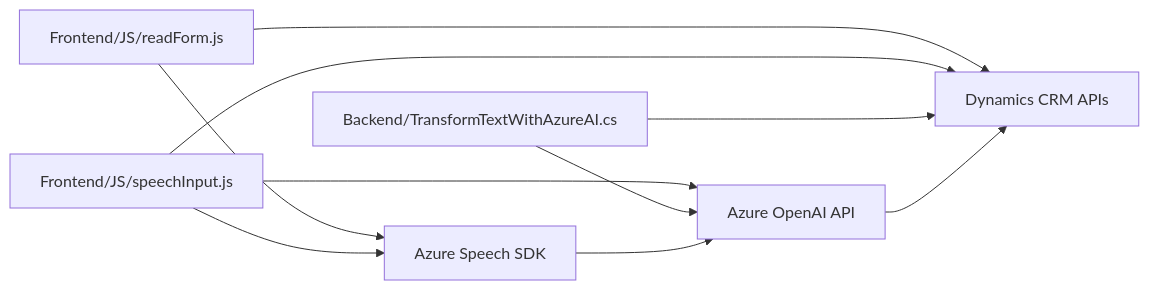
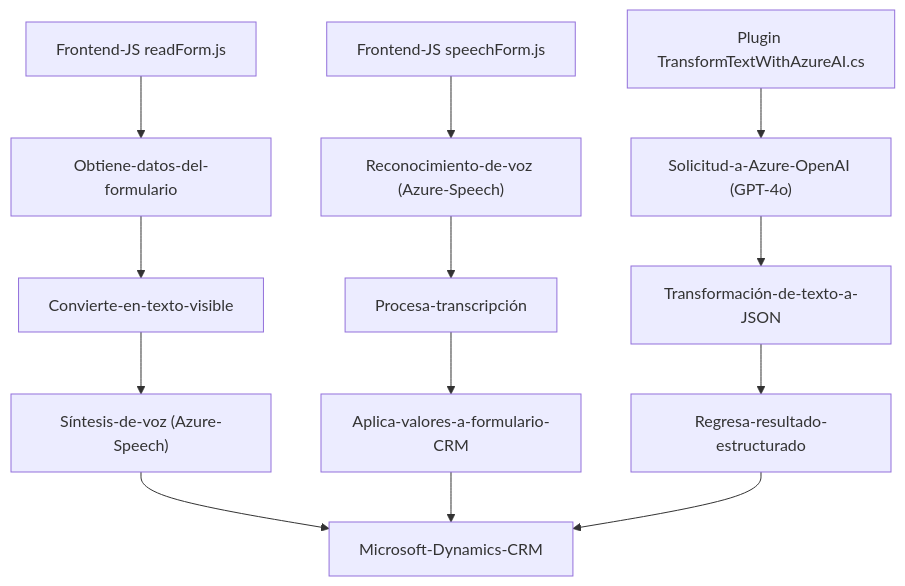
One commit to blopezdm/NETCORE_BILBAO2025 changed the diagram in README.md. Above: the diagram before and after it, drawn with Mermaid. The commit also changed other lines of this file, not shown here.

````diff
--- a/README.md
+++ b/README.md
@@ -56,19 +30,18 @@
 ```mermaid
-graph LR
-    A["Frontend/JS/readForm.js"]
-    B["Frontend/JS/speechInput.js"]
-    C["Backend/TransformTextWithAzureAI.cs"]
-    D["Azure Speech SDK"]
-    E["Azure OpenAI API"]
-    F["Dynamics CRM APIs"]
+graph TD
+    A["Frontend-JS readForm.js"] --> B["Obtiene-datos-del-formulario"]
+    B --> C["Convierte-en-texto-visible"]
+    C --> D["Síntesis-de-voz (Azure-Speech)"]
 
-    A --> D
-    A --> F
-    B --> D
-    B --> F
-    B --> E
-    C --> E
-    C --> F
-    D --> E
-    E --> F
+    E["Frontend-JS speechForm.js"] --> F["Reconocimiento-de-voz (Azure-Speech)"]
+    F --> G["Procesa-transcripción"]
+    G --> H["Aplica-valores-a-formulario-CRM"]
+
+    I["Plugin TransformTextWithAzureAI.cs"] --> J["Solicitud-a-Azure-OpenAI (GPT-4o)"]
+    J --> K["Transformación-de-texto-a-JSON"]
+    K --> L["Regresa-resultado-estructurado"]
+
+    D --> M["Microsoft-Dynamics-CRM"]
+    H --> M
+    L --> M
 ```
````
